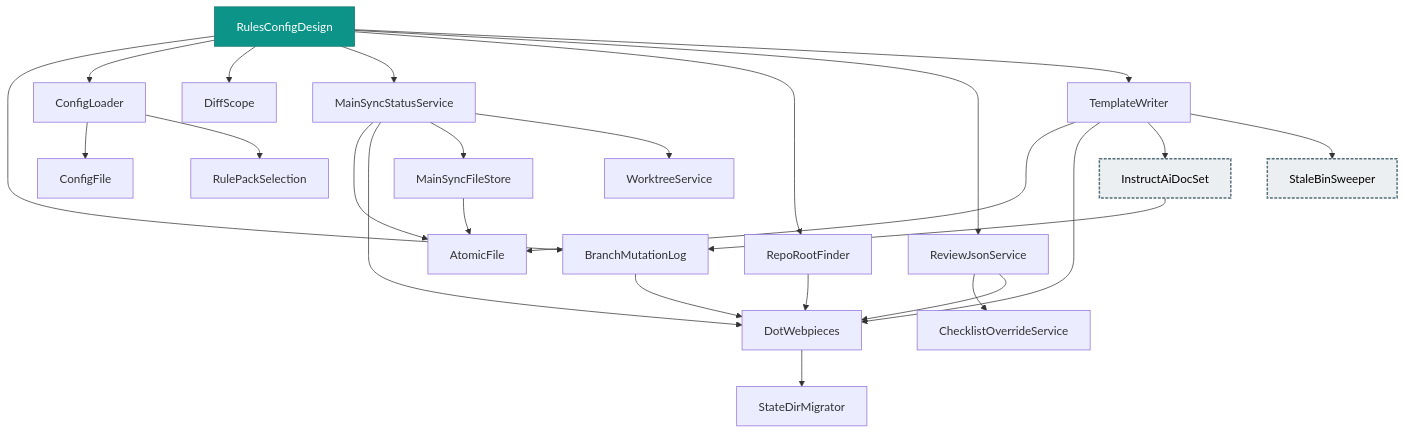
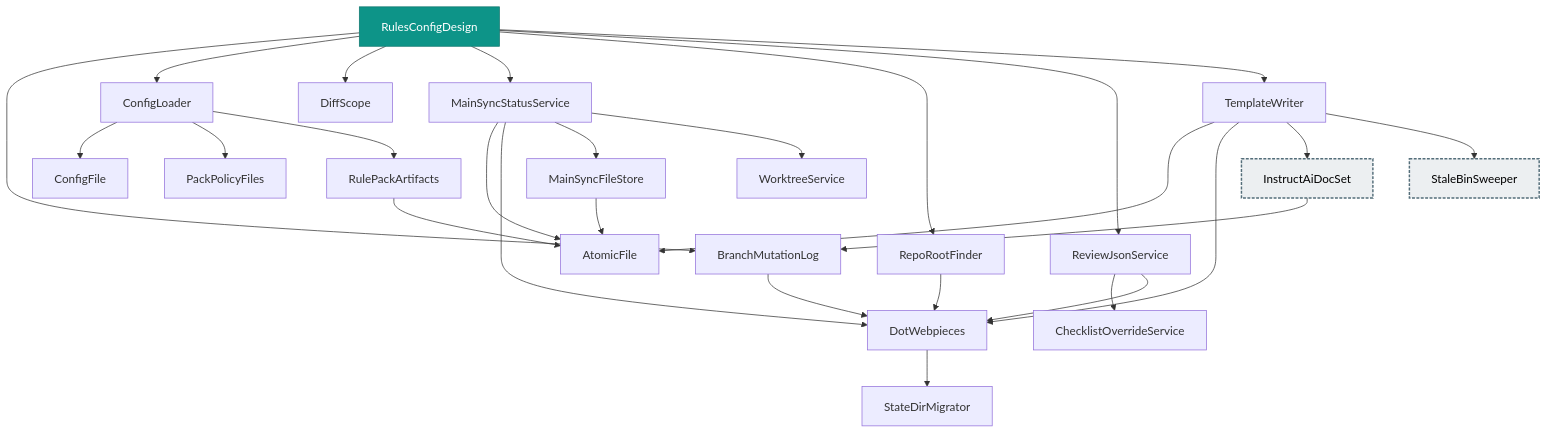
Before and after one commit to deanhiller/webpieces-ts: the diagram in packages/tooling/rules-config/design.md, drawn with Mermaid. The commit also changed 201 other files, not shown here.

First line of the commit message:
Add strict owner config runtime, artifacts, and explicit repair (#1101)

````diff
--- a/packages/tooling/rules-config/design.md
+++ b/packages/tooling/rules-config/design.md
@@ -13,52 +13,55 @@
 ```mermaid
 graph TD
     AtomicFile["AtomicFile"]
     BranchMutationLog["BranchMutationLog"]
     ChecklistOverrideService["ChecklistOverrideService"]
     ConfigFile["ConfigFile"]
     ConfigLoader["ConfigLoader"]
     DiffScope["DiffScope"]
     DotWebpieces["DotWebpieces"]
     InstructAiDocSet["InstructAiDocSet"]:::many
     MainSyncFileStore["MainSyncFileStore"]
     MainSyncStatusService["MainSyncStatusService"]
+    PackPolicyFiles["PackPolicyFiles"]
     RepoRootFinder["RepoRootFinder"]
     ReviewJsonService["ReviewJsonService"]
-    RulePackSelection["RulePackSelection"]
+    RulePackArtifacts["RulePackArtifacts"]
     RulesConfigDesign["RulesConfigDesign"]:::apiImpl
     StaleBinSweeper["StaleBinSweeper"]:::many
     StateDirMigrator["StateDirMigrator"]
     TemplateWriter["TemplateWriter"]
     WorktreeService["WorktreeService"]
     BranchMutationLog --> DotWebpieces
     ConfigLoader --> ConfigFile
-    ConfigLoader --> RulePackSelection
+    ConfigLoader --> PackPolicyFiles
+    ConfigLoader --> RulePackArtifacts
     DotWebpieces --> StateDirMigrator
     InstructAiDocSet --> BranchMutationLog
     MainSyncFileStore --> AtomicFile
     MainSyncStatusService --> AtomicFile
     MainSyncStatusService --> DotWebpieces
     MainSyncStatusService --> MainSyncFileStore
     MainSyncStatusService --> WorktreeService
     RepoRootFinder --> DotWebpieces
     ReviewJsonService --> ChecklistOverrideService
     ReviewJsonService --> DotWebpieces
+    RulePackArtifacts --> AtomicFile
     RulesConfigDesign --> BranchMutationLog
     RulesConfigDesign --> ConfigLoader
     RulesConfigDesign --> DiffScope
     RulesConfigDesign --> MainSyncStatusService
     RulesConfigDesign --> RepoRootFinder
     RulesConfigDesign --> ReviewJsonService
     RulesConfigDesign --> TemplateWriter
     TemplateWriter --> AtomicFile
     TemplateWriter --> DotWebpieces
     TemplateWriter --> InstructAiDocSet
     TemplateWriter --> StaleBinSweeper
     classDef controller fill:#1f6feb,color:#ffffff,stroke:#0d419d
     classDef apiImpl fill:#0d9488,color:#ffffff,stroke:#0f766e
     classDef component fill:#2da44e,color:#ffffff,stroke:#1a7f37
     classDef unresolved fill:#f0ad4e,color:#000000,stroke:#b8860b,stroke-dasharray: 5 5
     classDef external fill:#b39ddb,color:#000000,stroke:#5e35b1,stroke-width:3px
     classDef api fill:#4fc3f7,color:#000000,stroke:#0277bd,stroke-width:3px
     classDef many fill:#eceff1,color:#000000,stroke:#546e7a,stroke-width:2px,stroke-dasharray: 4 2
 ```
````
